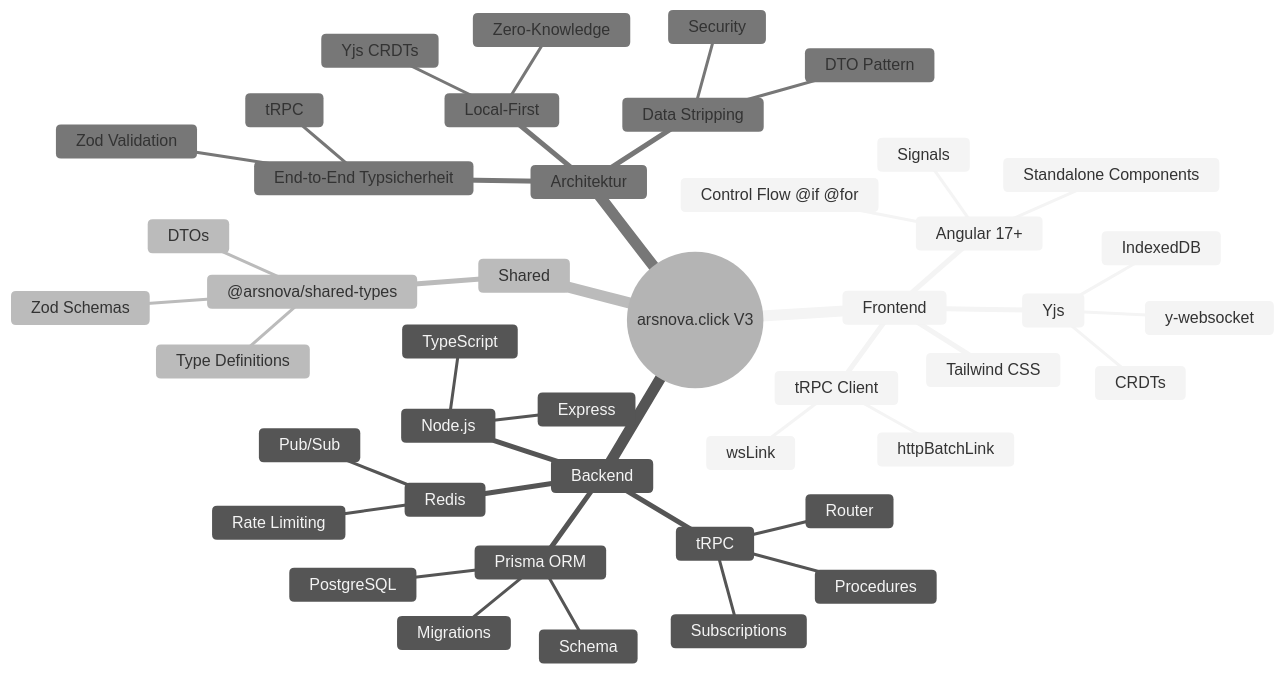
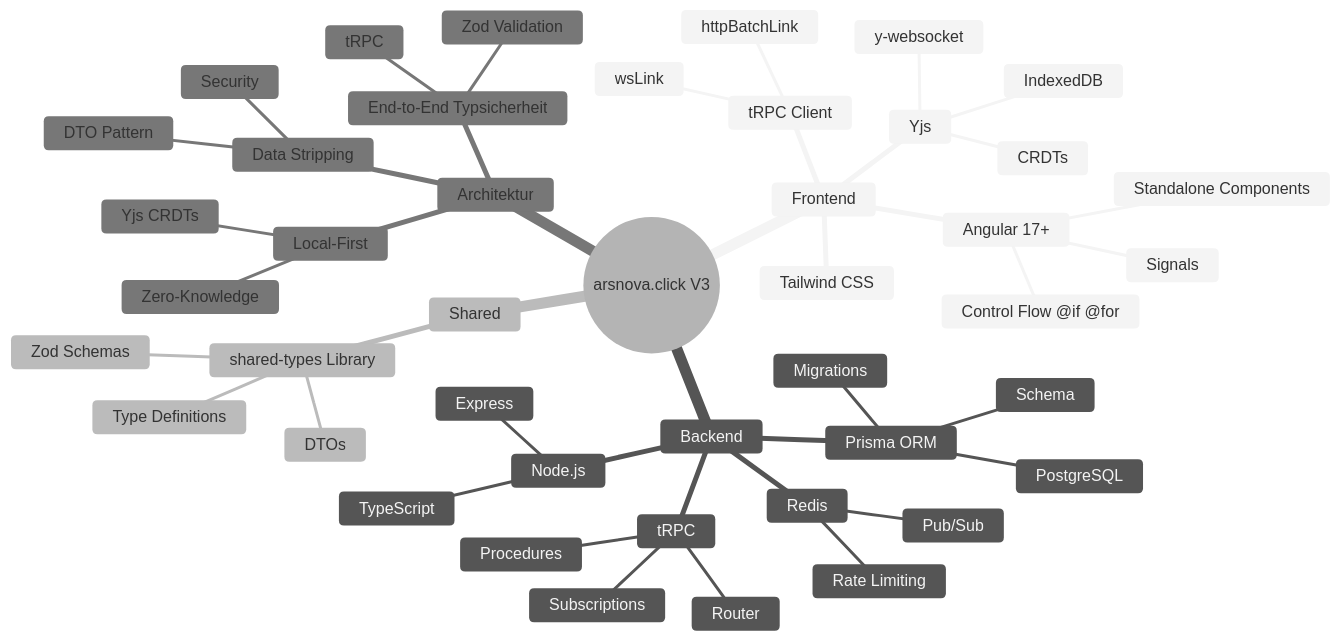
The fourth of 6 diagrams in docs/diagrams/architecture-overview.md (kqc-real/arsnova-click-v3), drawn with Mermaid (neutral theme) before and after one commit. The commit also changed other lines of this file, not shown here.

Commit message:
docs: update terminology in architecture overview to clarify shared types library

````diff
--- a/docs/diagrams/architecture-overview.md
+++ b/docs/diagrams/architecture-overview.md
@@ -220,47 +220,47 @@
 ```mermaid
 mindmap
   root((arsnova.click V3))
     Frontend
       Angular 17+
         Standalone Components
         Signals
         Control Flow @if @for
       Tailwind CSS
       tRPC Client
         httpBatchLink
         wsLink
       Yjs
         CRDTs
         IndexedDB
         y-websocket
     Backend
       Node.js
         Express
         TypeScript
       tRPC
         Router
         Procedures
         Subscriptions
       Prisma ORM
         PostgreSQL
         Schema
         Migrations
       Redis
         Pub/Sub
         Rate Limiting
     Shared
-      @arsnova/shared-types
+      shared-types Library
         Zod Schemas
         Type Definitions
         DTOs
     Architektur
       Local-First
         Zero-Knowledge
         Yjs CRDTs
       End-to-End Typsicherheit
         tRPC
         Zod Validation
       Data Stripping
         DTO Pattern
         Security
 ```
````
